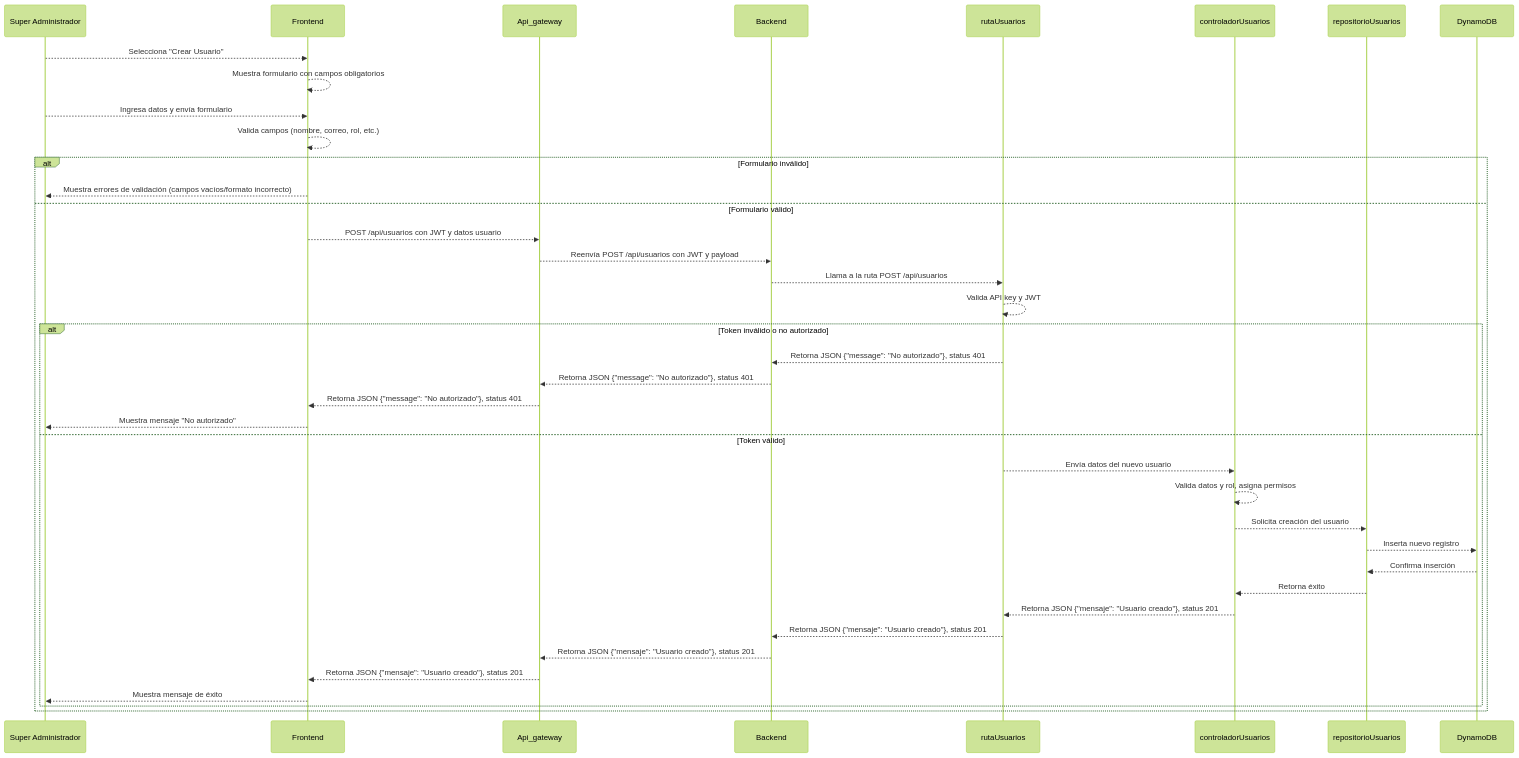
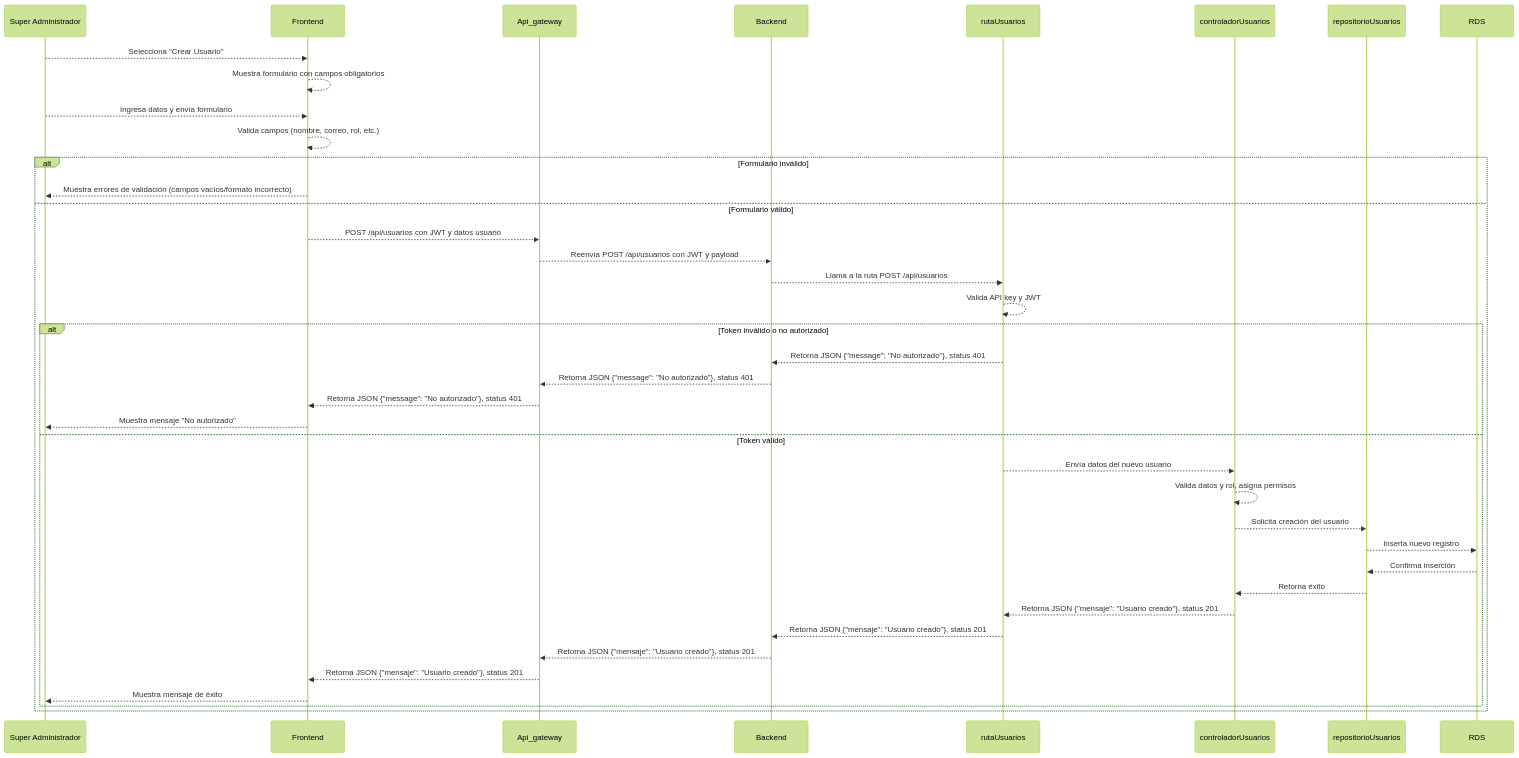
Before and after one commit to CodeAnd-Co/Documentacion: the diagram in documentation/docs/proyectos/textiles/documentacion/requisitos/RF1.md, drawn with Mermaid (forest theme). The commit also changed 7 other files, not shown here.

Commit message:
Cambiar DynamoDB por RDS debido a cambio en tecnologia

````diff
--- a/documentation/docs/proyectos/textiles/documentacion/requisitos/RF1.md
+++ b/documentation/docs/proyectos/textiles/documentacion/requisitos/RF1.md
@@ -37,45 +37,45 @@
 ```mermaid
 sequenceDiagram
 participant SuperAdmin as Super Administrador
 participant Frontend
 participant Api_gateway
 participant Backend
 participant rutaUsuarios
 participant controladorUsuarios
 participant repositorioUsuarios
-participant DynamoDB
+participant RDS
 
 SuperAdmin -->> Frontend: Selecciona "Crear Usuario"
 Frontend -->> Frontend: Muestra formulario con campos obligatorios
 
 SuperAdmin -->> Frontend: Ingresa datos y envía formulario
 Frontend -->> Frontend: Valida campos (nombre, correo, rol, etc.)
 
 alt Formulario inválido
     Frontend -->> SuperAdmin: Muestra errores de validación (campos vacíos/formato incorrecto)
 else Formulario válido
     Frontend -->> Api_gateway: POST /api/usuarios con JWT y datos usuario
     Api_gateway -->> Backend: Reenvía POST /api/usuarios con JWT y payload
     Backend -->> rutaUsuarios: Llama a la ruta POST /api/usuarios
     rutaUsuarios -->> rutaUsuarios: Valida API key y JWT
 
     alt Token inválido o no autorizado
         rutaUsuarios -->> Backend: Retorna JSON {"message": "No autorizado"}, status 401
         Backend -->> Api_gateway: Retorna JSON {"message": "No autorizado"}, status 401
         Api_gateway -->> Frontend: Retorna JSON {"message": "No autorizado"}, status 401
         Frontend -->> SuperAdmin: Muestra mensaje "No autorizado"
     else Token válido
         rutaUsuarios -->> controladorUsuarios: Envía datos del nuevo usuario
         controladorUsuarios -->> controladorUsuarios: Valida datos y rol, asigna permisos
         controladorUsuarios -->> repositorioUsuarios: Solicita creación del usuario
-        repositorioUsuarios -->> DynamoDB: Inserta nuevo registro
-        DynamoDB -->> repositorioUsuarios: Confirma inserción
+        repositorioUsuarios -->> RDS: Inserta nuevo registro
+        RDS -->> repositorioUsuarios: Confirma inserción
         repositorioUsuarios -->> controladorUsuarios: Retorna éxito
         controladorUsuarios -->> rutaUsuarios: Retorna JSON {"mensaje": "Usuario creado"}, status 201
         rutaUsuarios -->> Backend: Retorna JSON {"mensaje": "Usuario creado"}, status 201
         Backend -->> Api_gateway: Retorna JSON {"mensaje": "Usuario creado"}, status 201
         Api_gateway -->> Frontend: Retorna JSON {"mensaje": "Usuario creado"}, status 201
         Frontend -->> SuperAdmin: Muestra mensaje de éxito
     end
 end
 ```
````
